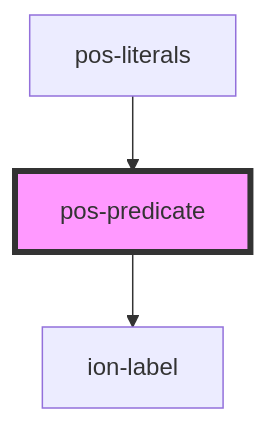
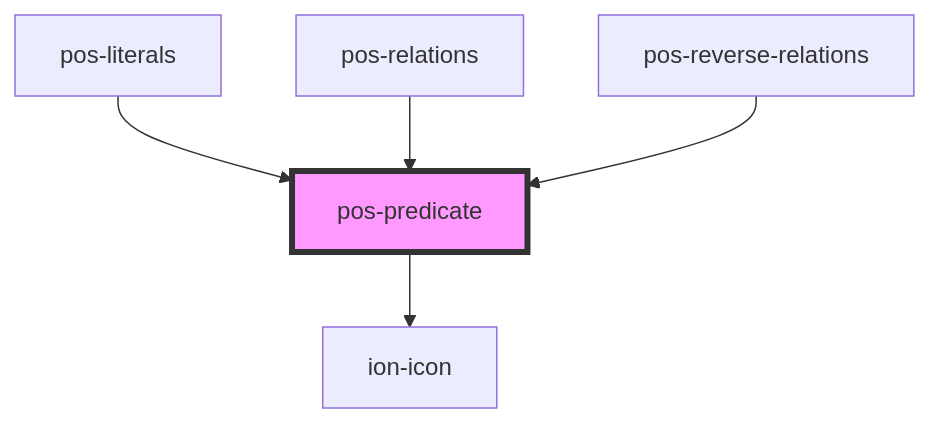
Before and after one commit to pod-os/PodOS: the diagram in docs/elements/components/pos-predicate/readme.md, drawn with Mermaid. The commit also changed other lines of this file and 9 other files, not shown here.

````diff
--- a/docs/elements/components/pos-predicate/readme.md
+++ b/docs/elements/components/pos-predicate/readme.md
@@ -24,6 +26,8 @@
 ```mermaid
 graph TD;
-  pos-predicate --> ion-label
+  pos-predicate --> ion-icon
   pos-literals --> pos-predicate
+  pos-relations --> pos-predicate
+  pos-reverse-relations --> pos-predicate
   style pos-predicate fill:#f9f,stroke:#333,stroke-width:4px
 ```
````
